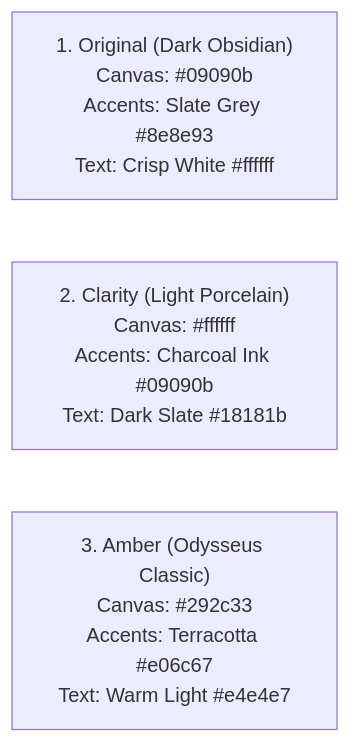
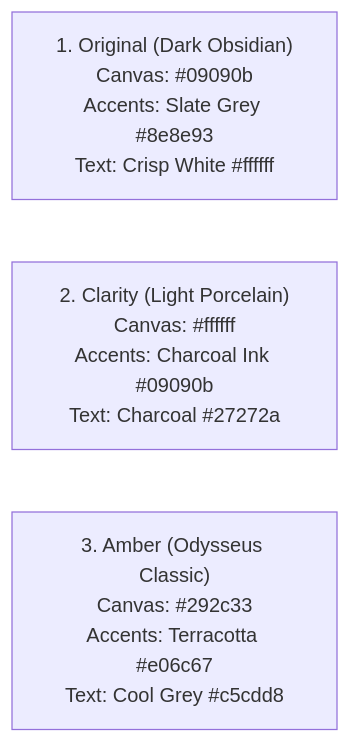
One commit to bilal-hn/ScholarsMate changed the diagram in context/design.md. Above: the diagram before and after it, drawn with Mermaid. The commit also changed other lines of this file and 117 other files, not shown here.

````diff
--- a/context/design.md
+++ b/context/design.md
@@ -29,6 +31,6 @@
 ```mermaid
 graph LR
     Original["1. Original (Dark Obsidian)<br/>Canvas: #09090b<br/>Accents: Slate Grey #8e8e93<br/>Text: Crisp White #ffffff"]
-    Clarity["2. Clarity (Light Porcelain)<br/>Canvas: #ffffff<br/>Accents: Charcoal Ink #09090b<br/>Text: Dark Slate #18181b"]
-    Amber["3. Amber (Odysseus Classic)<br/>Canvas: #292c33<br/>Accents: Terracotta #e06c67<br/>Text: Warm Light #e4e4e7"]
+    Clarity["2. Clarity (Light Porcelain)<br/>Canvas: #ffffff<br/>Accents: Charcoal Ink #09090b<br/>Text: Charcoal #27272a"]
+    Amber["3. Amber (Odysseus Classic)<br/>Canvas: #292c33<br/>Accents: Terracotta #e06c67<br/>Text: Cool Grey #c5cdd8"]
 ```
````
